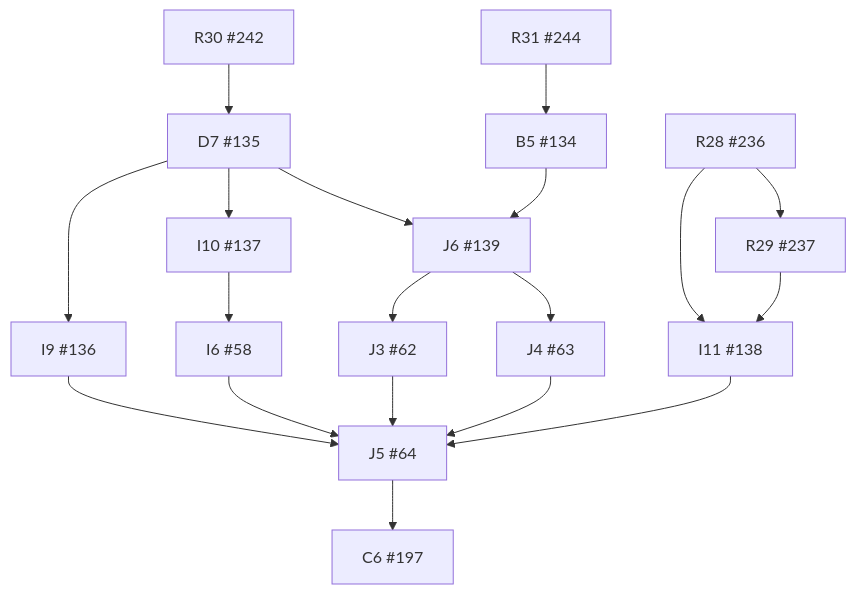
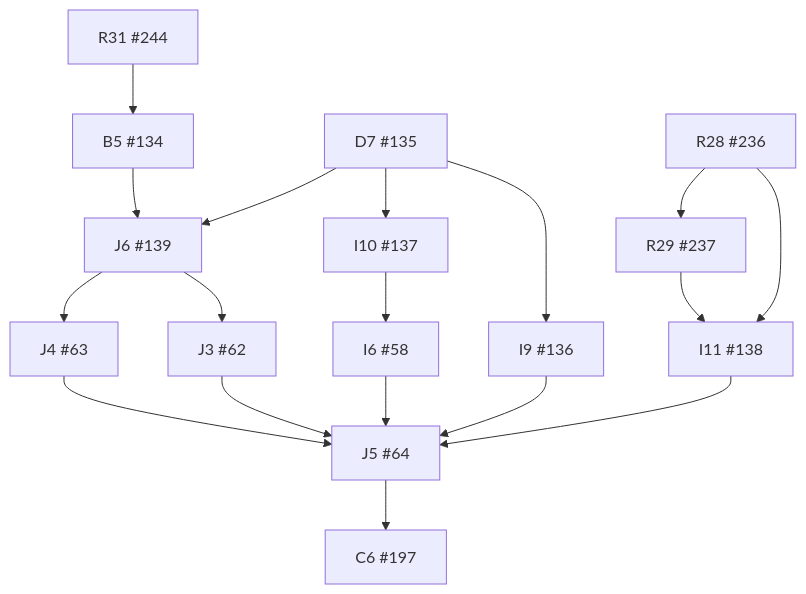
The diagram in docs/implementation/dependency-graph.md (wojtekpiskorz/kiero), drawn with Mermaid before and after one commit. The commit also changed other lines of this file and 13 other files, not shown here.

````diff
--- a/docs/implementation/dependency-graph.md
+++ b/docs/implementation/dependency-graph.md
@@ -9,36 +9,34 @@
 ```mermaid
 flowchart TD
   I6["I6 #58"]
   J3["J3 #62"]
   J4["J4 #63"]
   J5["J5 #64"]
   B5["B5 #134"]
   D7["D7 #135"]
   I9["I9 #136"]
   I10["I10 #137"]
   I11["I11 #138"]
   J6["J6 #139"]
   C6["C6 #197"]
   R28["R28 #236"]
   R29["R29 #237"]
-  R30["R30 #242"]
   R31["R31 #244"]
   I10 --> I6
   J6 --> J3
   J6 --> J4
   I6 --> J5
   J3 --> J5
   J4 --> J5
   I9 --> J5
   I11 --> J5
   R31 --> B5
-  R30 --> D7
   D7 --> I9
   D7 --> I10
   R28 --> I11
   R29 --> I11
   D7 --> J6
   B5 --> J6
   J5 --> C6
   R28 --> R29
 ```
````
